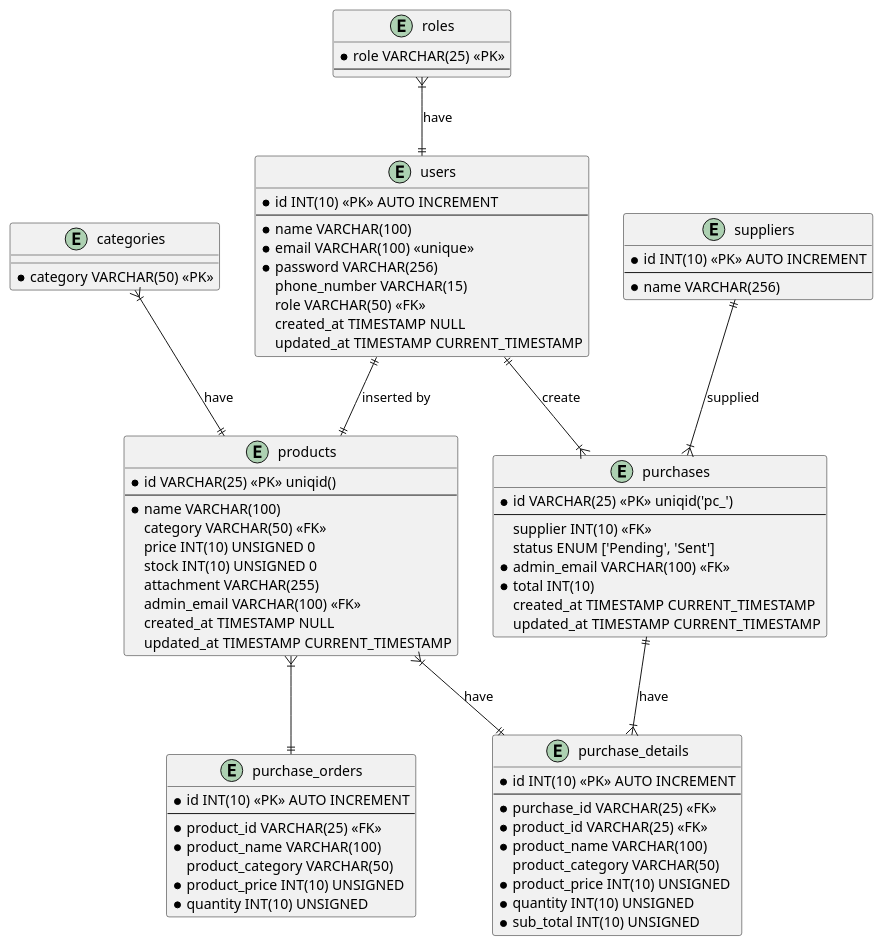
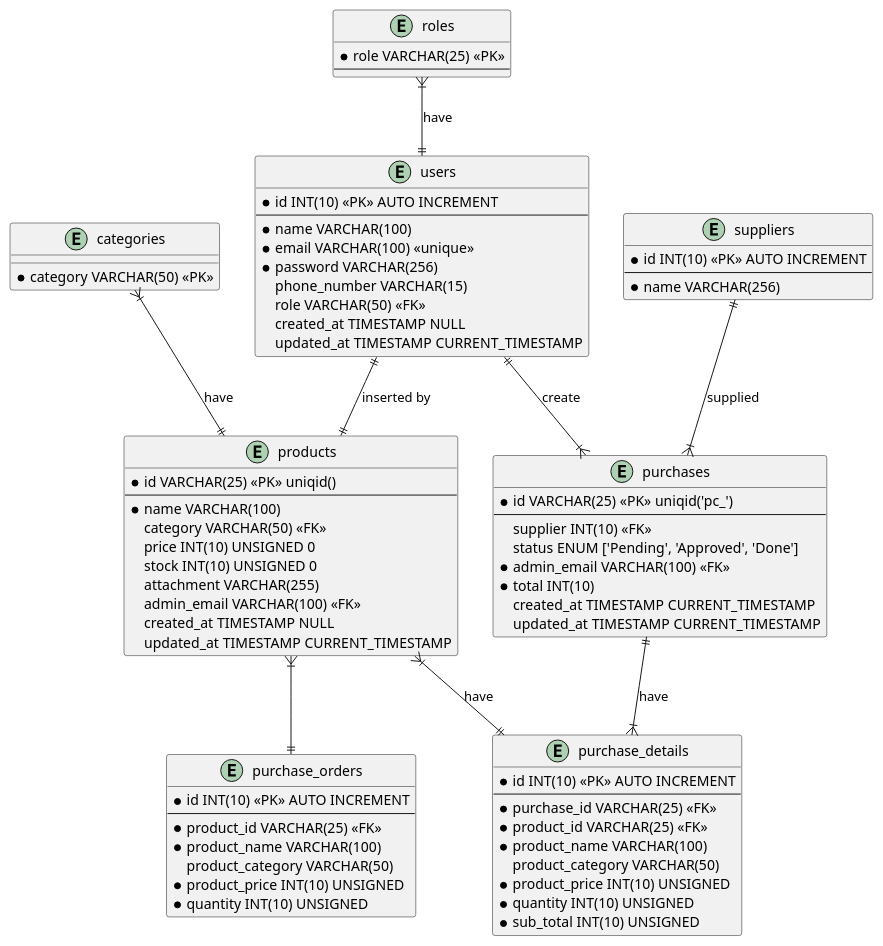
Before and after one commit to doniduaasattuu/product-inventory: the diagram in docs/product-inventory.puml, drawn with PlantUML. The commit also changed 7 other files, not shown here.

```diff
--- a/docs/product-inventory.puml
+++ b/docs/product-inventory.puml
@@ -1,111 +1,111 @@
 @startuml product inventory
 
     entity roles {
         * role VARCHAR(25) <<PK>>
         --
     }
 
     entity users {
         * id INT(10) <<PK>> AUTO INCREMENT
         --
         * name VARCHAR(100)
         * email VARCHAR(100) <<unique>>
         * password VARCHAR(256)
           phone_number VARCHAR(15)
           role VARCHAR(50) <<FK>>
           created_at TIMESTAMP NULL
           updated_at TIMESTAMP CURRENT_TIMESTAMP
     }
 
     entity categories {
         * category VARCHAR(50) <<PK>>
     }
 
     entity products {
         * id VARCHAR(25) <<PK>> uniqid()
         --
         * name VARCHAR(100)
           category VARCHAR(50) <<FK>>
           price INT(10) UNSIGNED 0
           stock INT(10) UNSIGNED 0
           attachment VARCHAR(255) 
           admin_email VARCHAR(100) <<FK>>
           created_at TIMESTAMP NULL
           updated_at TIMESTAMP CURRENT_TIMESTAMP
     }
 
     entity suppliers {
         * id INT(10) <<PK>> AUTO INCREMENT
         --
         * name VARCHAR(256)
     }
 
     entity purchases {
         * id VARCHAR(25) <<PK>> uniqid('pc_')
         --
           supplier INT(10) <<FK>>
-          status ENUM ['Pending', 'Sent']
+          status ENUM ['Pending', 'Approved', 'Done']
         * admin_email VARCHAR(100) <<FK>>
         * total INT(10)
           created_at TIMESTAMP CURRENT_TIMESTAMP
           updated_at TIMESTAMP CURRENT_TIMESTAMP
     }
 
     entity purchase_details {
         * id INT(10) <<PK>> AUTO INCREMENT
         --
         * purchase_id VARCHAR(25) <<FK>>
         * product_id VARCHAR(25) <<FK>>
         * product_name VARCHAR(100)
           product_category VARCHAR(50)
         * product_price INT(10) UNSIGNED
         * quantity INT(10) UNSIGNED
         * sub_total INT(10) UNSIGNED
     }
 
     entity purchase_orders {
         * id INT(10) <<PK>> AUTO INCREMENT
         --
         * product_id VARCHAR(25) <<FK>>
         * product_name VARCHAR(100)
           product_category VARCHAR(50)
         * product_price INT(10) UNSIGNED
         * quantity INT(10) UNSIGNED
     }
 
     ' entity customers {
     '     * id INT(10) <<PK>> AUTO INCREMENT
     '     --
     '     * name VARCHAR(256)
     ' }
 
     ' entity sale_details {
     '     * id VARCHAR(25) <<PK>> uniqid('pcd_)
     '     --
     '     * product_id VARCHAR(25) <<FK>>
     '     * product_name
     '     * product_category
     '     * quantity INT(10)
     ' }
 
     ' entity sales {
     '     * id VARCHAR(25) <<PK>> uniqid('sl_')
     '     --
     '     * sale_detail VARCHAR(25) <<FK>>
     '       customer INT(10) <<FK>>
     '     * admin_email VARCHAR(100) <<FK>>
     '       status ENUM ['Pending', 'Sent']
     '       created_at TIMESTAMP NULL
     '       updated_at TIMESTAMP CURRENT_TIMESTAMP
     ' }
 
    roles }|--|| users : have
    categories }|--|| products : have
    users ||--|| products : inserted by
    suppliers ||--|{ purchases : supplied
    purchases ||--|{ purchase_details : have
    users ||--|{ purchases : create
    products }|--|| purchase_details : have
    products }|--|| purchase_orders
 
 @enduml
```
